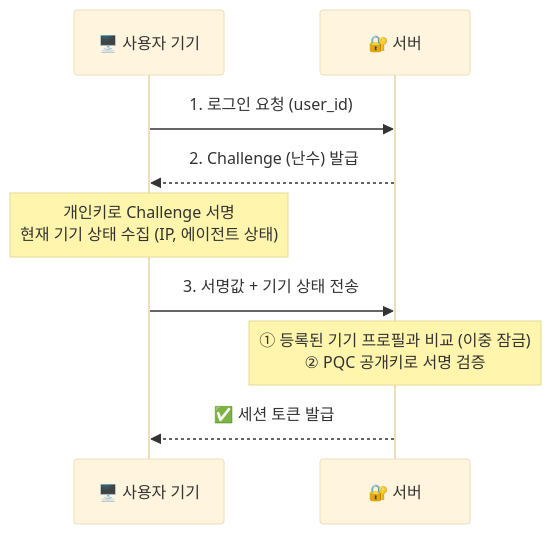
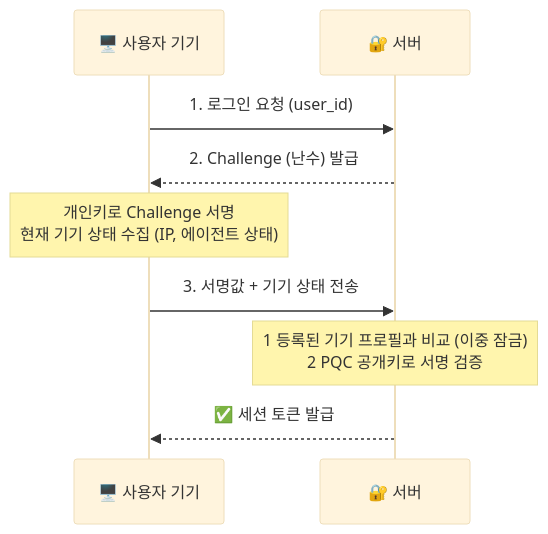
Before and after one commit to nnazero/zero-trust-auth: the second of 3 diagrams in README.md, drawn with Mermaid (base theme). The commit also changed other lines of this file, not shown here.

````diff
--- a/README.md
+++ b/README.md
@@ -34,16 +35,16 @@
 ```mermaid
 sequenceDiagram
     participant C as 🖥️ 사용자 기기
     participant S as 🔐 서버
 
     C->>S: 1. 로그인 요청 (user_id)
     S-->>C: 2. Challenge (난수) 발급
 
     Note over C: 개인키로 Challenge 서명<br/>현재 기기 상태 수집 (IP, 에이전트 상태)
 
     C->>S: 3. 서명값 + 기기 상태 전송
     
-    Note over S: ① 등록된 기기 프로필과 비교 (이중 잠금)<br/>② PQC 공개키로 서명 검증
+    Note over S: 1 등록된 기기 프로필과 비교 (이중 잠금)<br/>2 PQC 공개키로 서명 검증
     
     S-->>C: ✅ 세션 토큰 발급
 ```
````
